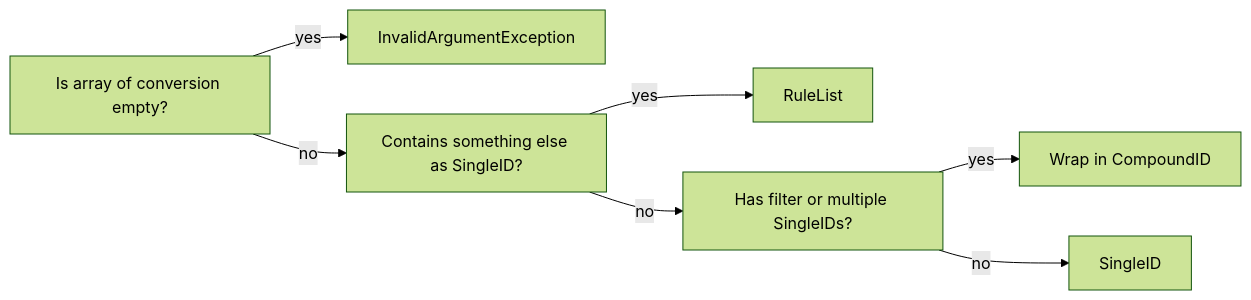
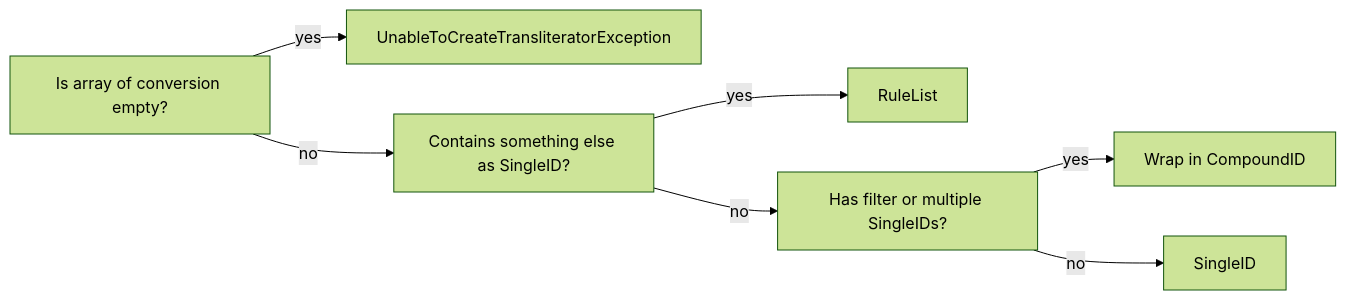
Before and after one commit to PrinsFrank/transliteration: the second of 2 diagrams in README.md, drawn with Mermaid (forest theme).

Commit message:
Use correct exception in documentation

````diff
--- a/README.md
+++ b/README.md
@@ -211,9 +211,9 @@
 ```mermaid
 flowchart LR
-    node1[Is array of conversion empty?] -- yes --> InvalidArgumentException
+    node1[Is array of conversion empty?] -- yes --> UnableToCreateTransliteratorException
     node1 -- no --> node2[Contains something else as SingleID?]
     node2 -- yes --> RuleList
     node2 -- no --> node3[Has filter or multiple SingleIDs?]
     node3 -- yes --> node4[Wrap in CompoundID]
     node3 -- no --> SingleID
 ```
````
